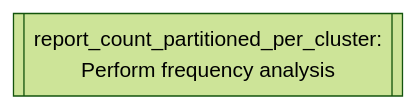
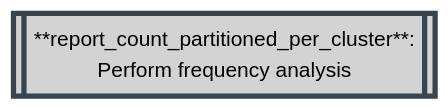
Diagram 19 of 34 in docs/02-workflow/02-methodology-summary.md (Tuks-ICMM/Pharmacogenetic-Analysis-Pipeline), drawn with Mermaid (forest theme) before and after one commit. The commit also changed other lines of this file, not shown here.

````diff
--- a/docs/02-workflow/02-methodology-summary.md
+++ b/docs/02-workflow/02-methodology-summary.md
@@ -888,4 +986,8 @@
   ```mermaid
   flowchart TD
-    report_count_partitioned_per_cluster[[report_count_partitioned_per_cluster:\nPerform frequency analysis]]
+    classDef plink stroke:#36454F,fill:#D3D3D3,stroke-width:4px,color:black;
+    
+    report_count_partitioned_per_cluster[[**report_count_partitioned_per_cluster**:
+Perform frequency analysis]]
+    class report_count_partitioned_per_cluster plink;
   ```
````
